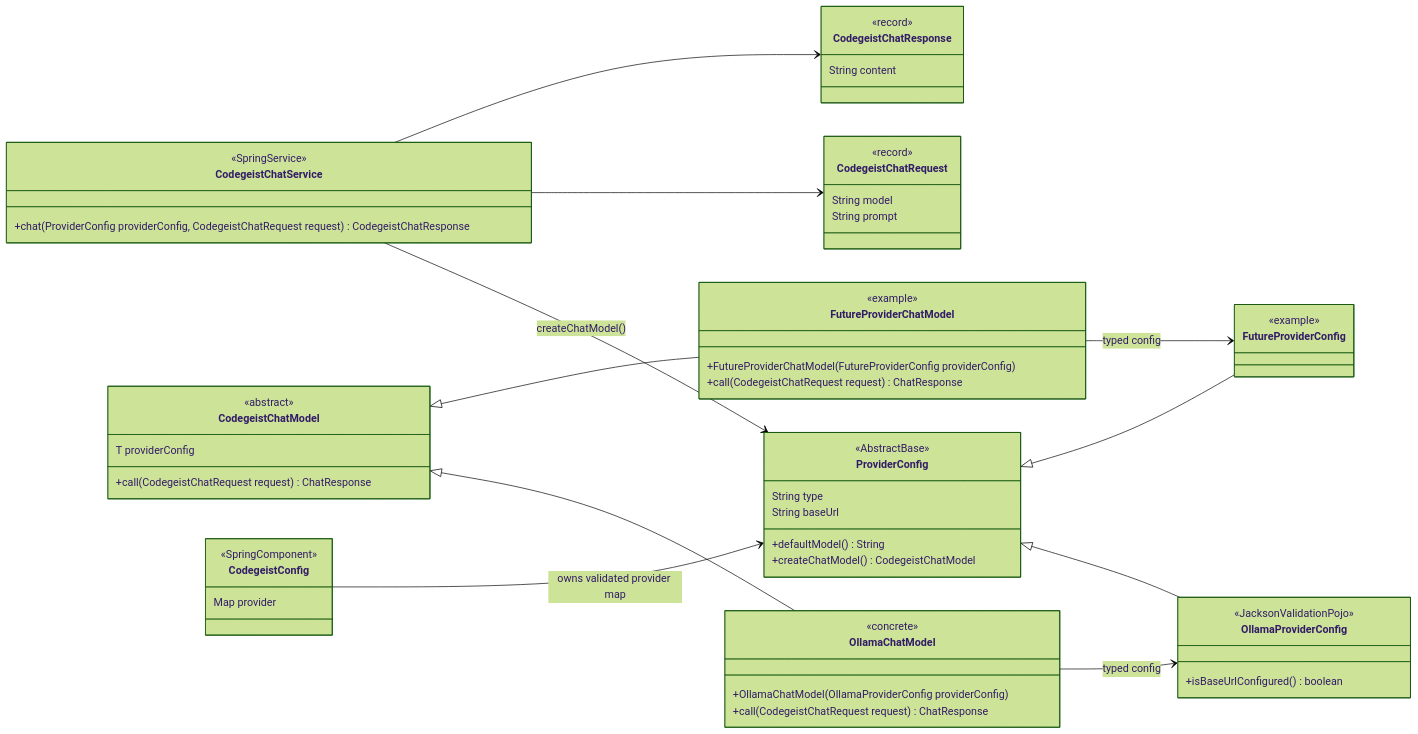
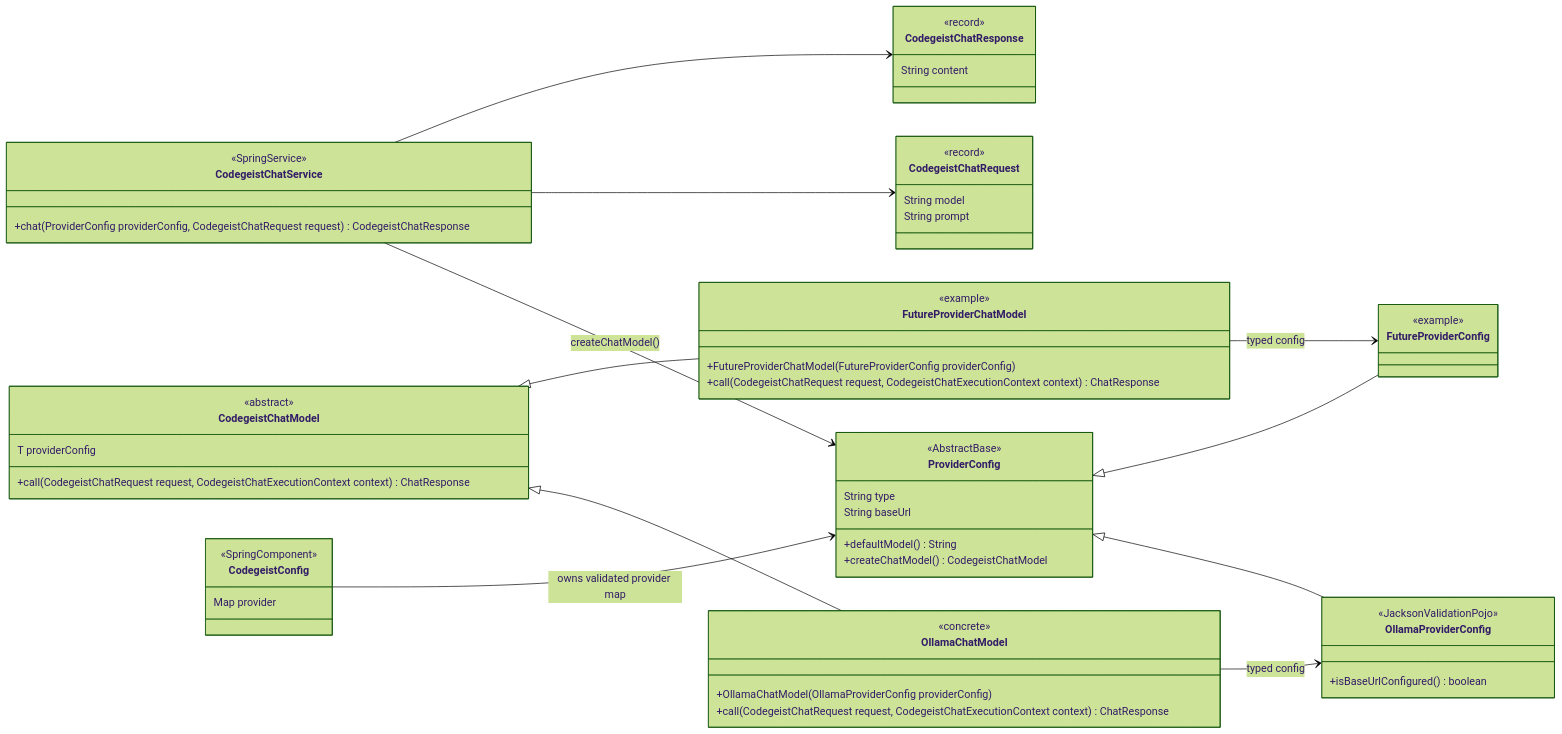
Before and after one commit to codegeist-ai/codegeist: the second of 3 diagrams in docs/developer/specification/llm-provider-implementation.md, drawn with Mermaid (forest theme). The commit also changed other lines of this file and 35 other files, not shown here.

````diff
--- a/docs/developer/specification/llm-provider-implementation.md
+++ b/docs/developer/specification/llm-provider-implementation.md
@@ -47,74 +47,74 @@
 ```mermaid
 classDiagram
     direction LR
 
     class CodegeistChatService {
       <<SpringService>>
       +chat(ProviderConfig providerConfig, CodegeistChatRequest request) CodegeistChatResponse
     }
 
     class CodegeistChatRequest {
       <<record>>
       String model
       String prompt
     }
 
     class CodegeistChatResponse {
       <<record>>
       String content
     }
 
     class CodegeistChatModel {
       <<abstract>>
       T providerConfig
-      +call(CodegeistChatRequest request) ChatResponse
+      +call(CodegeistChatRequest request, CodegeistChatExecutionContext context) ChatResponse
     }
 
     class OllamaChatModel {
       <<concrete>>
       +OllamaChatModel(OllamaProviderConfig providerConfig)
-      +call(CodegeistChatRequest request) ChatResponse
+      +call(CodegeistChatRequest request, CodegeistChatExecutionContext context) ChatResponse
     }
 
     class FutureProviderChatModel {
       <<example>>
       +FutureProviderChatModel(FutureProviderConfig providerConfig)
-      +call(CodegeistChatRequest request) ChatResponse
+      +call(CodegeistChatRequest request, CodegeistChatExecutionContext context) ChatResponse
     }
 
     class CodegeistConfig {
       <<SpringComponent>>
       <<ConfigurationProperties>>
       Map provider
     }
 
     class ProviderConfig {
       <<AbstractBase>>
       <<JacksonValidationPojo>>
       String type
       String baseUrl
       +defaultModel() String
       +createChatModel() CodegeistChatModel
     }
 
     class OllamaProviderConfig {
       <<JacksonValidationPojo>>
       +isBaseUrlConfigured() boolean
     }
 
     class FutureProviderConfig {
       <<example>>
       <<JacksonValidationPojo>>
     }
 
     CodegeistConfig --> ProviderConfig : owns validated provider map
     CodegeistChatService --> ProviderConfig : createChatModel()
     CodegeistChatService --> CodegeistChatRequest
     CodegeistChatService --> CodegeistChatResponse
     CodegeistChatModel <|-- OllamaChatModel
     CodegeistChatModel <|-- FutureProviderChatModel
     ProviderConfig <|-- OllamaProviderConfig
     ProviderConfig <|-- FutureProviderConfig
     OllamaChatModel --> OllamaProviderConfig : typed config
     FutureProviderChatModel --> FutureProviderConfig : typed config
 ```
````
